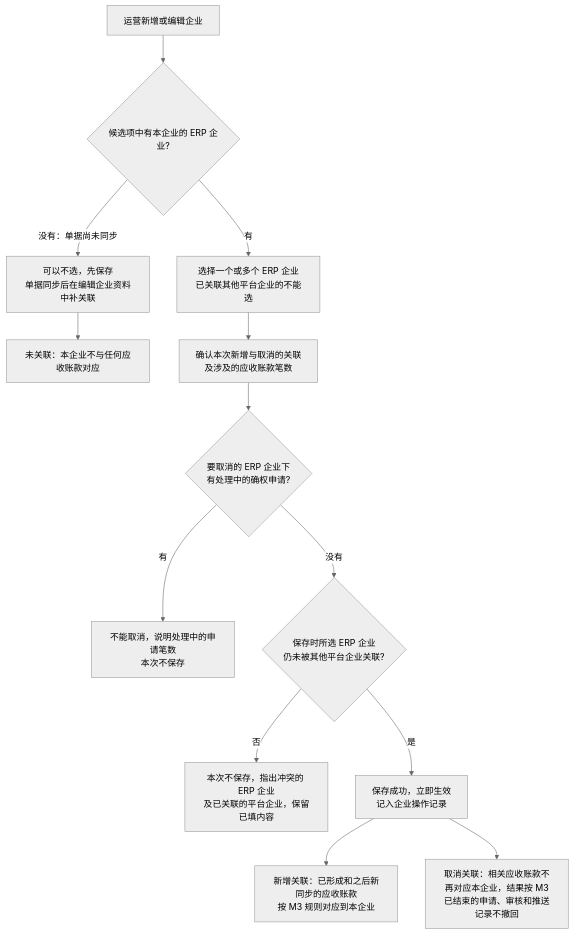
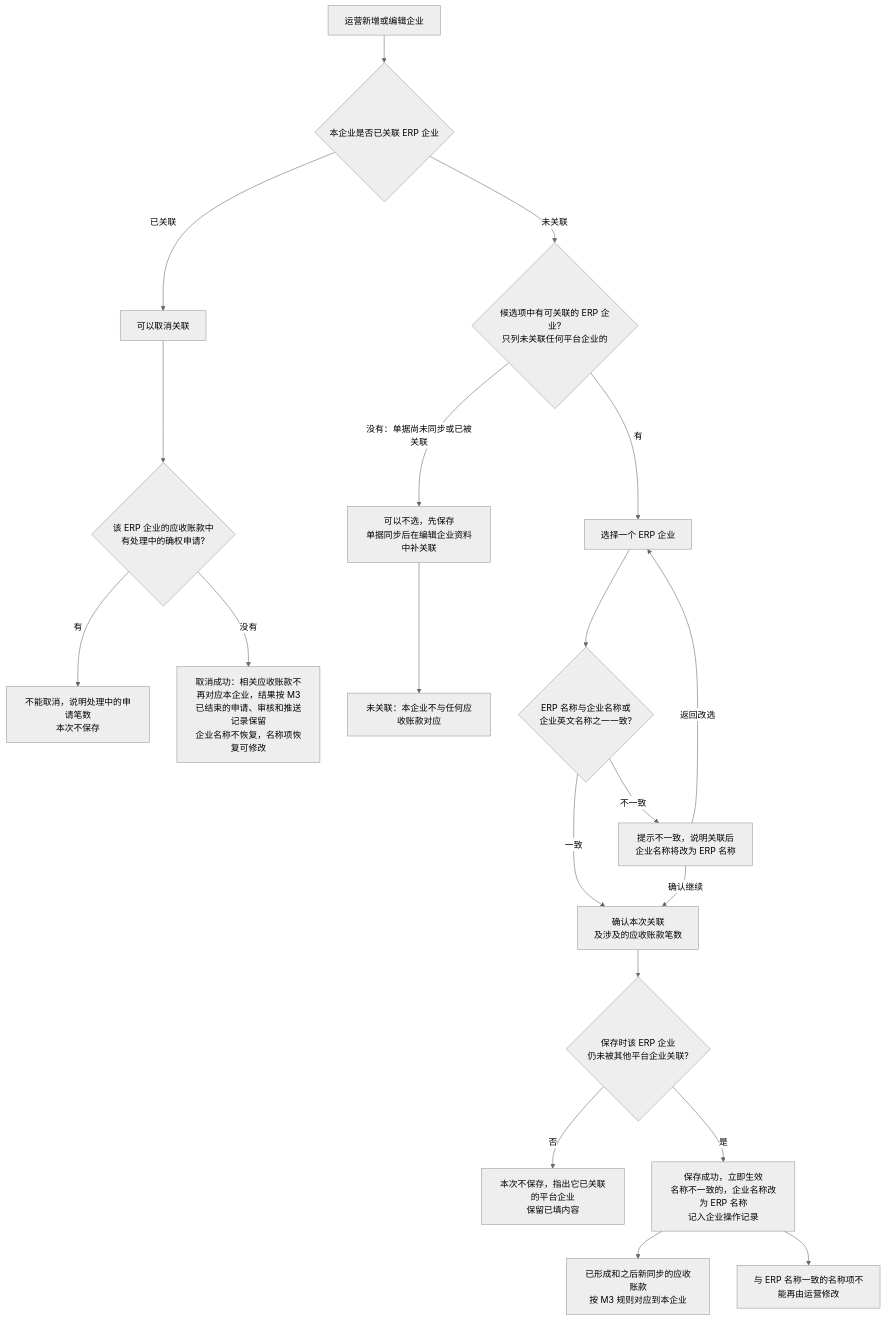
The fifth of 7 diagrams in asset-trust-platform/PRD/运营端/M2-运营登录与企业管理/02-运营登录与企业管理-流程图与状态机.md (wxblockchain/Chain-Financing), drawn with Mermaid (neutral theme) before and after one commit. The commit also changed other lines of this file and 4 other files, not shown here.

````diff
--- a/asset-trust-platform/PRD/运营端/M2-运营登录与企业管理/02-运营登录与企业管理-流程图与状态机.md
+++ b/asset-trust-platform/PRD/运营端/M2-运营登录与企业管理/02-运营登录与企业管理-流程图与状态机.md
@@ -132,15 +136,22 @@
 ```mermaid
 flowchart TD
-    A[运营新增或编辑企业] --> B{候选项中有本企业的 ERP 企业?}
-    B -->|没有：单据尚未同步| C[可以不选，先保存<br/>单据同步后在编辑企业资料中补关联]
+    A[运营新增或编辑企业] --> A1{本企业是否已关联 ERP 企业}
+    A1 -->|已关联| U[可以取消关联]
+    A1 -->|未关联| B{候选项中有可关联的 ERP 企业?<br/>只列未关联任何平台企业的}
+    B -->|没有：单据尚未同步或已被关联| C[可以不选，先保存<br/>单据同步后在编辑企业资料中补关联]
     C --> D[未关联：本企业不与任何应收账款对应]
-    B -->|有| E[选择一个或多个 ERP 企业<br/>已关联其他平台企业的不能选]
-    E --> F[确认本次新增与取消的关联<br/>及涉及的应收账款笔数]
-    F --> G{要取消的 ERP 企业下<br/>有处理中的确权申请?}
+    B -->|有| E[选择一个 ERP 企业]
+    E --> N1{ERP 名称与企业名称或<br/>企业英文名称之一一致?}
+    N1 -->|一致| F
+    N1 -->|不一致| N2[提示不一致，说明关联后<br/>企业名称将改为 ERP 名称]
+    N2 -->|返回改选| E
+    N2 -->|确认继续| F[确认本次关联<br/>及涉及的应收账款笔数]
+    F --> I{保存时该 ERP 企业<br/>仍未被其他平台企业关联?}
+    I -->|否| J[本次不保存，指出它已关联的平台企业<br/>保留已填内容]
+    I -->|是| K[保存成功，立即生效<br/>名称不一致的，企业名称改为 ERP 名称<br/>记入企业操作记录]
+    K --> L[已形成和之后新同步的应收账款<br/>按 M3 规则对应到本企业]
+    K --> L2[与 ERP 名称一致的名称项不能再由运营修改]
+    U --> G{该 ERP 企业的应收账款中<br/>有处理中的确权申请?}
     G -->|有| H[不能取消，说明处理中的申请笔数<br/>本次不保存]
-    G -->|没有| I{保存时所选 ERP 企业<br/>仍未被其他平台企业关联?}
-    I -->|否| J[本次不保存，指出冲突的 ERP 企业<br/>及已关联的平台企业，保留已填内容]
-    I -->|是| K[保存成功，立即生效<br/>记入企业操作记录]
-    K --> L[新增关联：已形成和之后新同步的应收账款<br/>按 M3 规则对应到本企业]
-    K --> M[取消关联：相关应收账款不再对应本企业，结果按 M3<br/>已结束的申请、审核和推送记录不撤回]
+    G -->|没有| M[取消成功：相关应收账款不再对应本企业，结果按 M3<br/>已结束的申请、审核和推送记录保留<br/>企业名称不恢复，名称项恢复可修改]
 ```
````
